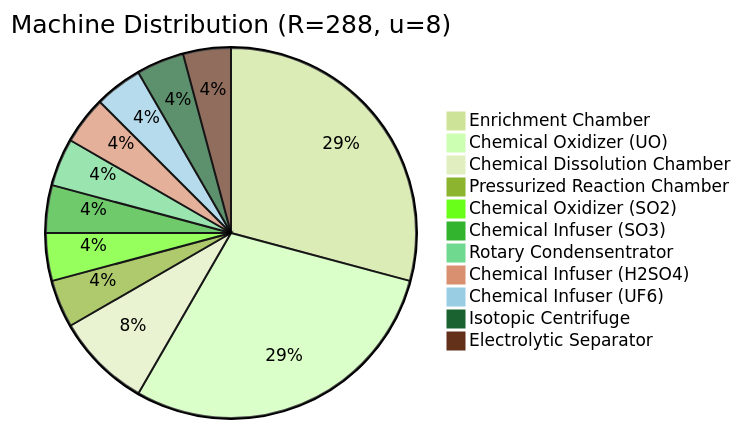
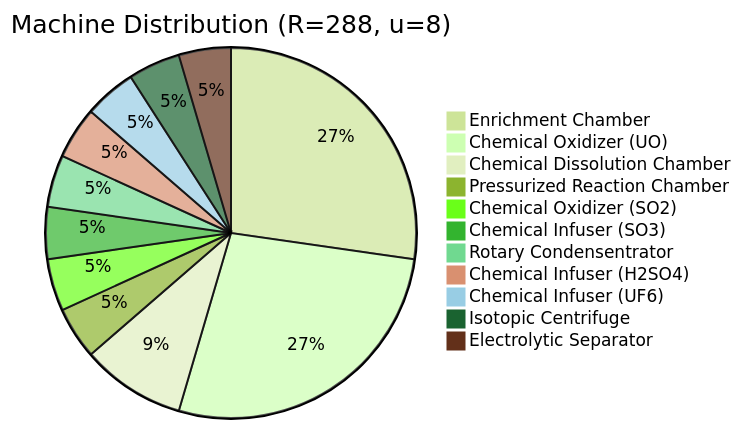
One commit to Kiwifan1/Kiwifan1.github.io changed the third of 3 diagrams in docs/mekanism/fissile-fuel-production.md. Above: the diagram before and after it, drawn with Mermaid (forest theme). The commit also changed other lines of this file and 3 other files, not shown here.

Commit message:
Fix speed formula to exponential, fix Mermaid diagrams and KaTeX, update worked example

````diff
--- a/docs/mekanism/fissile-fuel-production.md
+++ b/docs/mekanism/fissile-fuel-production.md
@@ -463,14 +477,14 @@
 ```mermaid
 pie title Machine Distribution (R=288, u=8)
-    "Enrichment Chamber" : 7
-    "Chemical Oxidizer (UO)" : 7
+    "Enrichment Chamber" : 6
+    "Chemical Oxidizer (UO)" : 6
     "Chemical Dissolution Chamber" : 2
     "Pressurized Reaction Chamber" : 1
     "Chemical Oxidizer (SO2)" : 1
     "Chemical Infuser (SO3)" : 1
     "Rotary Condensentrator" : 1
     "Chemical Infuser (H2SO4)" : 1
     "Chemical Infuser (UF6)" : 1
     "Isotopic Centrifuge" : 1
     "Electrolytic Separator" : 1
 ```
````
